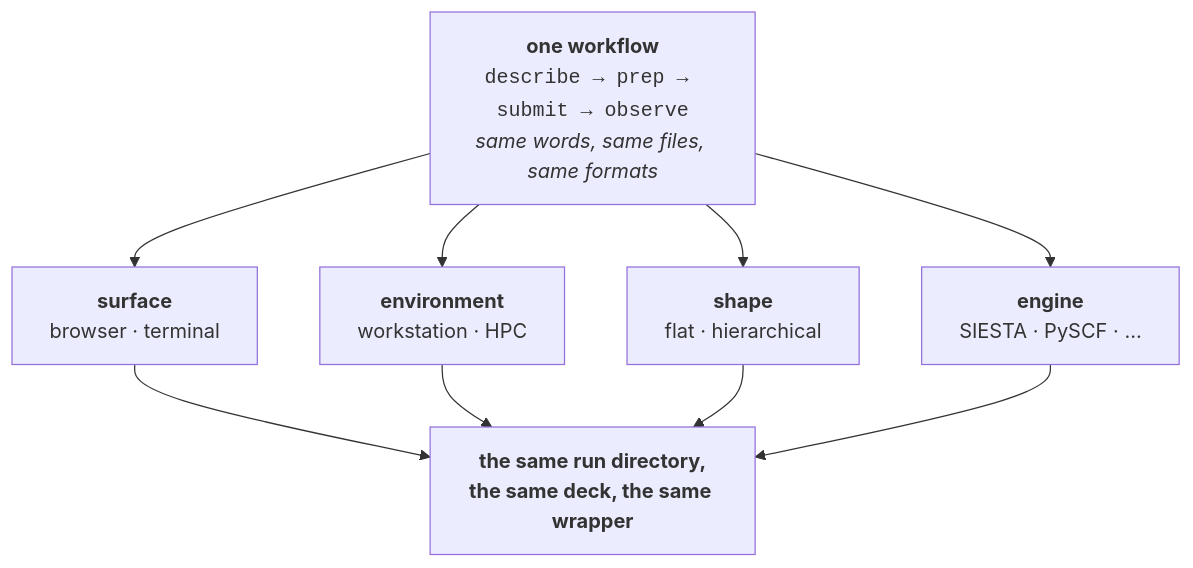
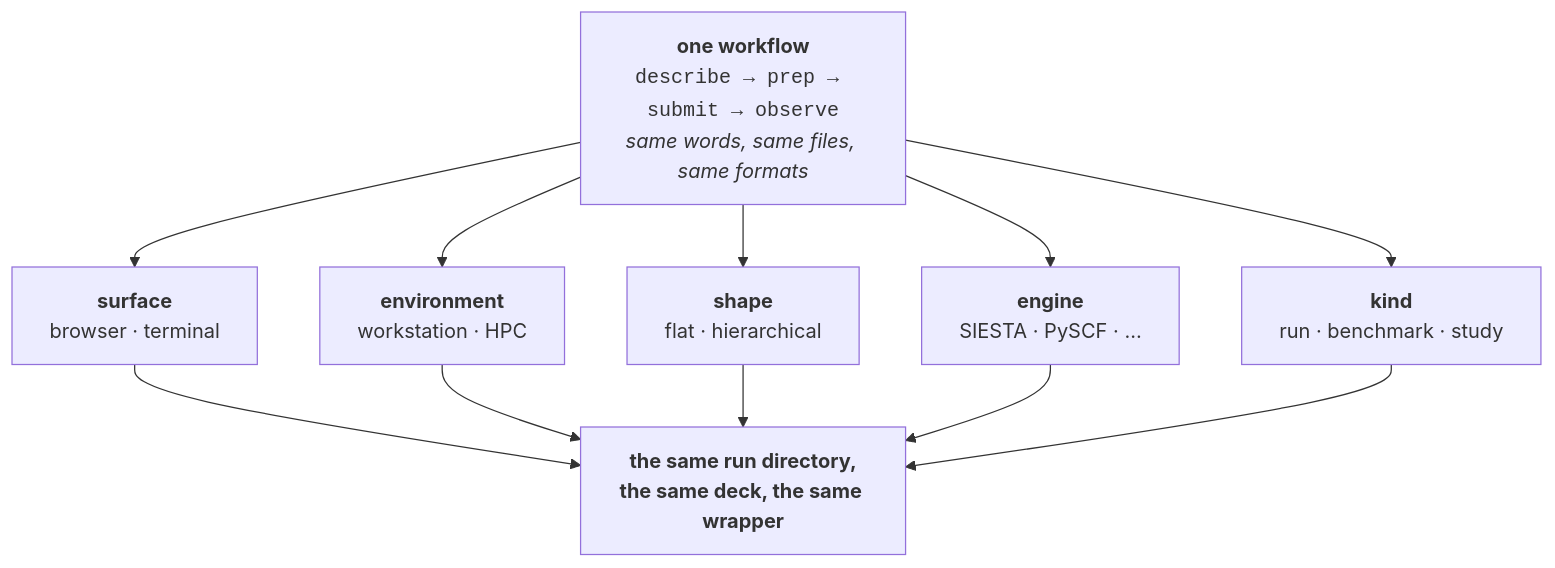
The first of 9 diagrams in docs/execution/architecture.md (Qing-LAB/molbuilder), drawn with Mermaid before and after one commit. The commit also changed other lines of this file and 2 other files, not shown here.

````diff
--- a/docs/execution/architecture.md
+++ b/docs/execution/architecture.md
@@ -34,12 +34,14 @@
 ```mermaid
 flowchart TB
     W["<b>one workflow</b><br/><code>describe → prep → submit → observe</code><br/><i>same words, same files, same formats</i>"]
     W --> A1["<b>surface</b><br/>browser · terminal"]
     W --> A2["<b>environment</b><br/>workstation · HPC"]
     W --> A3["<b>shape</b><br/>flat · hierarchical"]
     W --> A4["<b>engine</b><br/>SIESTA · PySCF · …"]
+    W --> A5["<b>kind</b><br/>run · benchmark · study"]
     A1 --> R["<b>the same run directory,<br/>the same deck, the same wrapper</b>"]
     A2 --> R
     A3 --> R
     A4 --> R
+    A5 --> R
 ```
````
